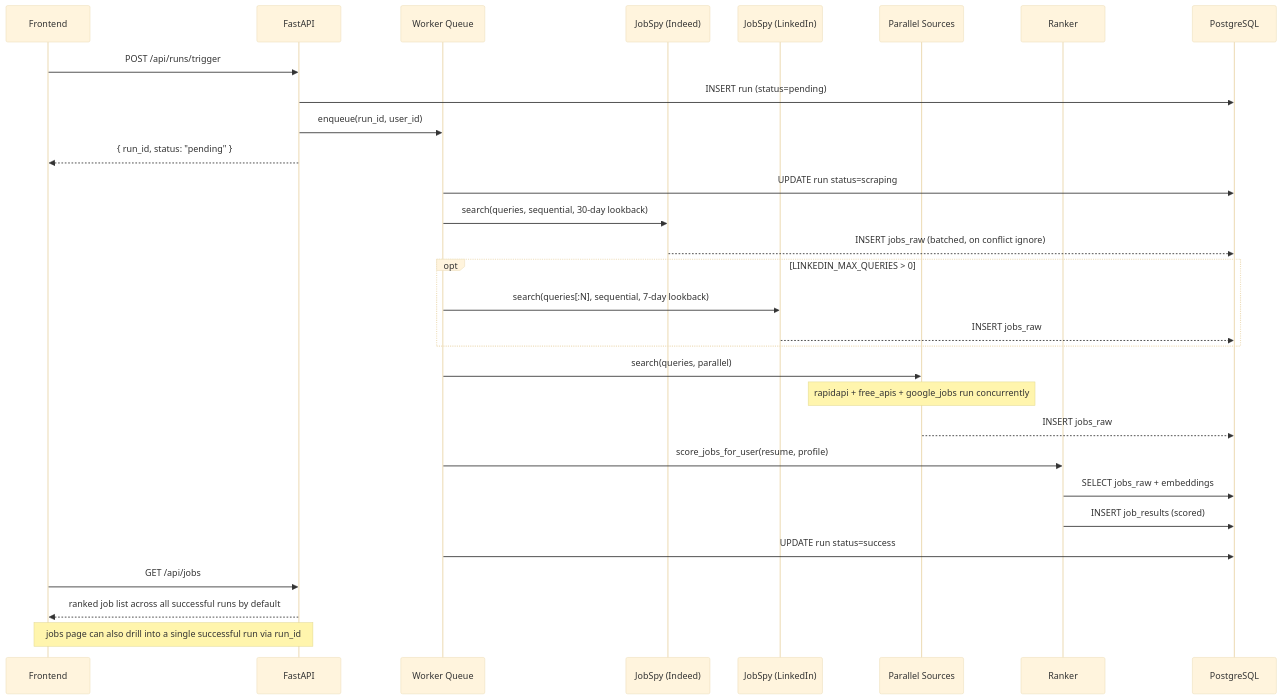
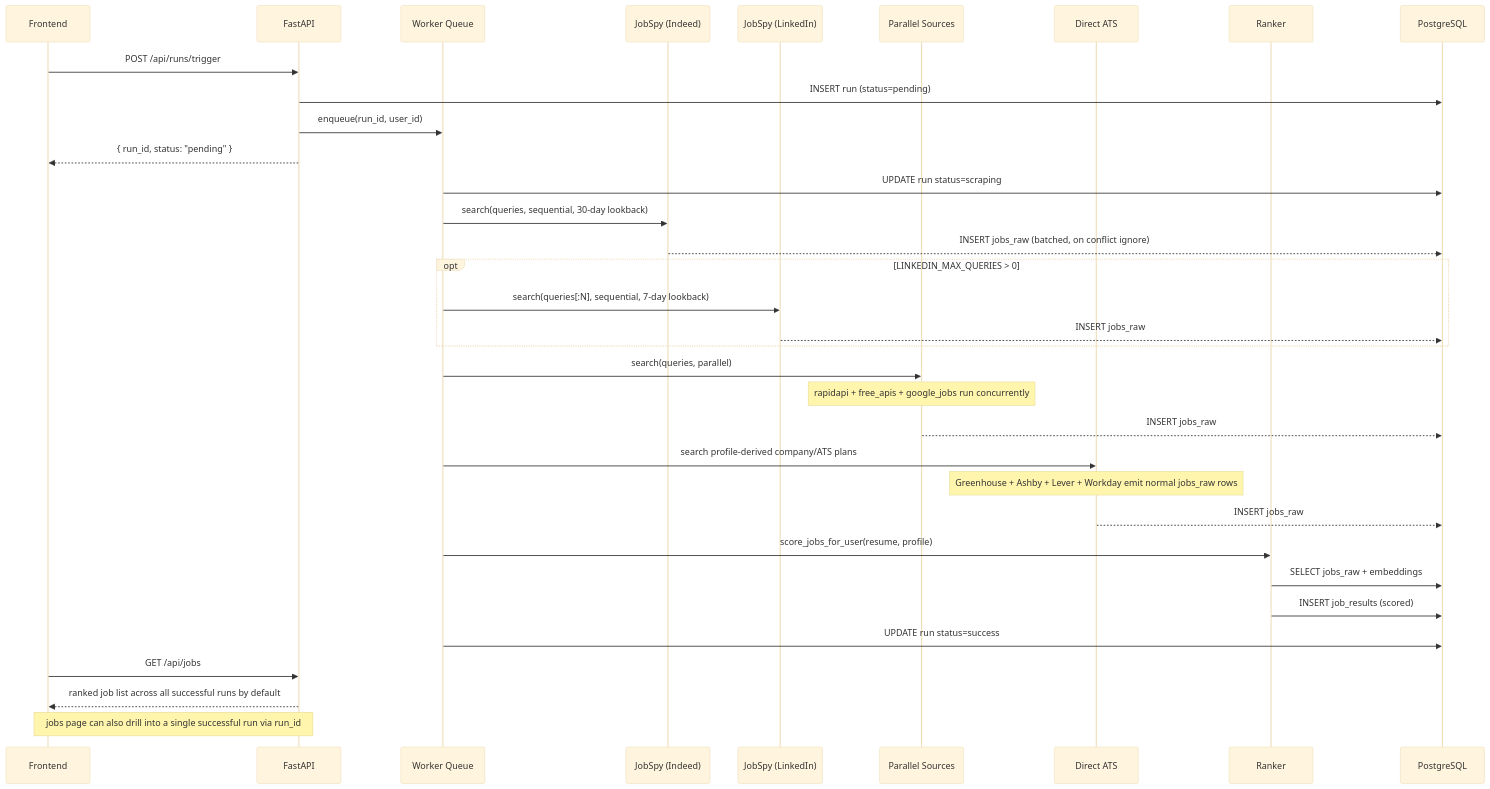
One commit to zharupesh07/signalrank changed the second of 2 diagrams in signalrank/README.md. Above: the diagram before and after it, drawn with Mermaid (base theme). The commit also changed other lines of this file and 71 other files, not shown here.

````diff
--- a/signalrank/README.md
+++ b/signalrank/README.md
@@ -320,38 +335,42 @@
 ```mermaid
 sequenceDiagram
     participant UI as Frontend
     participant API as FastAPI
     participant Q as Worker Queue
     participant IN as JobSpy (Indeed)
     participant LI as JobSpy (LinkedIn)
     participant PA as Parallel Sources
+    participant ATS as Direct ATS
     participant R as Ranker
     participant DB as PostgreSQL
 
     UI->>API: POST /api/runs/trigger
     API->>DB: INSERT run (status=pending)
     API->>Q: enqueue(run_id, user_id)
     API-->>UI: { run_id, status: "pending" }
 
     Q->>DB: UPDATE run status=scraping
     Q->>IN: search(queries, sequential, 30-day lookback)
     IN-->>DB: INSERT jobs_raw (batched, on conflict ignore)
 
     opt LINKEDIN_MAX_QUERIES > 0
         Q->>LI: search(queries[:N], sequential, 7-day lookback)
         LI-->>DB: INSERT jobs_raw
     end
 
     Q->>PA: search(queries, parallel)
     Note over PA: rapidapi + free_apis + google_jobs run concurrently
     PA-->>DB: INSERT jobs_raw
+    Q->>ATS: search profile-derived company/ATS plans
+    Note over ATS: Greenhouse + Ashby + Lever + Workday emit normal jobs_raw rows
+    ATS-->>DB: INSERT jobs_raw
 
     Q->>R: score_jobs_for_user(resume, profile)
     R->>DB: SELECT jobs_raw + embeddings
     R->>DB: INSERT job_results (scored)
     Q->>DB: UPDATE run status=success
 
     UI->>API: GET /api/jobs
     API-->>UI: ranked job list across all successful runs by default
     Note over UI,API: jobs page can also drill into a single successful run via run_id
 ```
````
